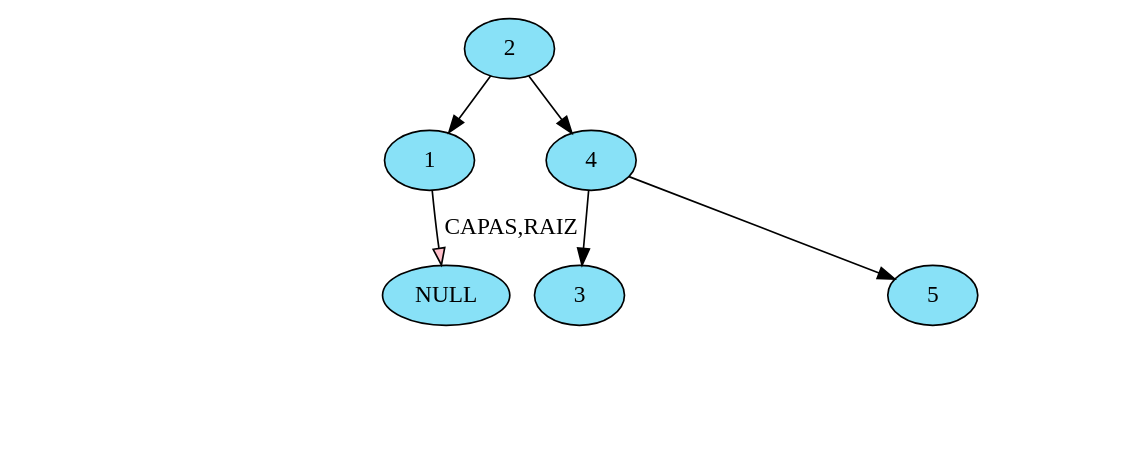
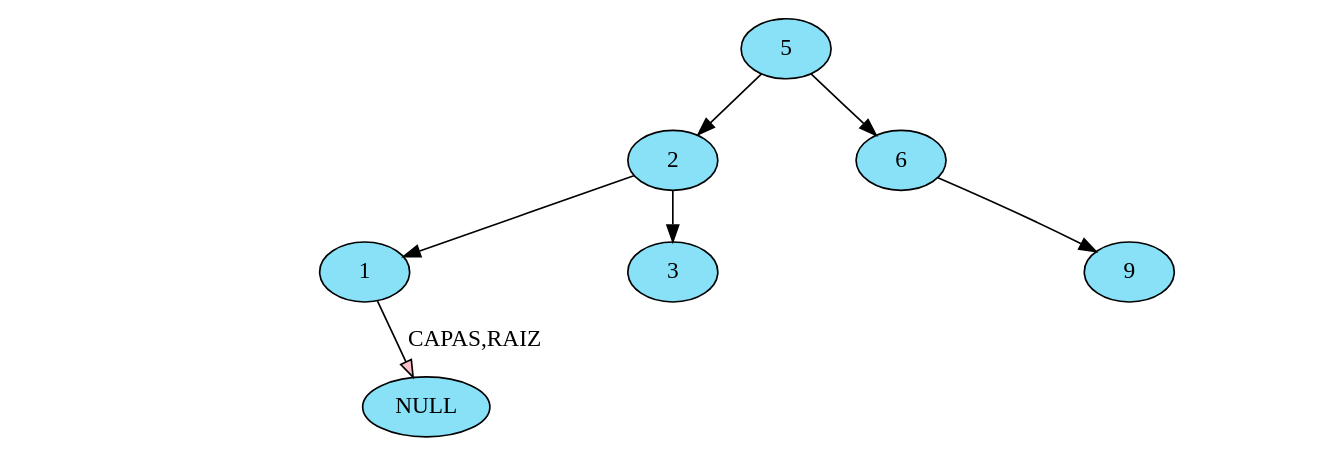
One commit to Serch-ING/EDD_UDRAWING_202000119 changed the diagram in FASE 2/Grafico/3_ArbolImagenesYCapa_1.dot. Above: the diagram before and after it, drawn with Graphviz. The commit also changed 45 other files, not shown here.

```diff
--- a/FASE 2/Grafico/3_ArbolImagenesYCapa_1.dot
+++ b/FASE 2/Grafico/3_ArbolImagenesYCapa_1.dot
@@ -1,31 +1,36 @@
 digraph G {
 nodesep=0; 
 ranksep=0.4;
 node[style = filled fillcolor="#88E1F7"];
+	NodoAVL5[ label="5"  ];
+	NodoAVL2[ label="2"];
+NodoAVL5->NodoAVL2
 	NodoAVL2[ label="2"  ];
 	NodoAVL1[ label="1"];
 NodoAVL2->NodoAVL1
 	NodoAVL1[ label="1"  ];
-Invisible1543294217[style=invis];
-NodoAVL1-> Invisible1543294217[arrowsize=0 style= invisible] 
-Invisible1543294217[style=invis];
-NodoAVL1-> Invisible1543294217[arrowsize=0 style= invisible] 
-	NodoAVL4[ label="4" ];
-NodoAVL2->NodoAVL4
-	NodoAVL4[ label="4"  ];
-	NodoAVL3[ label="3"];
-NodoAVL4->NodoAVL3
+Invisible305844976[style=invis];
+NodoAVL1-> Invisible305844976[arrowsize=0 style= invisible] 
+Invisible305844976[style=invis];
+NodoAVL1-> Invisible305844976[arrowsize=0 style= invisible] 
+	NodoAVL3[ label="3" ];
+NodoAVL2->NodoAVL3
 	NodoAVL3[ label="3"  ];
-Invisible856606045[style=invis];
-NodoAVL3-> Invisible856606045[arrowsize=0 style= invisible] 
-Invisible856606045[style=invis];
-NodoAVL3-> Invisible856606045[arrowsize=0 style= invisible] 
-	NodoAVL5[ label="5" ];
-NodoAVL4->NodoAVL5
-	NodoAVL5[ label="5"  ];
-Invisible2124750201[style=invis];
-NodoAVL5-> Invisible2124750201[arrowsize=0 style= invisible] 
-Invisible2124750201[style=invis];
-NodoAVL5-> Invisible2124750201[arrowsize=0 style= invisible] 
+Invisible1836963488[style=invis];
+NodoAVL3-> Invisible1836963488[arrowsize=0 style= invisible] 
+Invisible1836963488[style=invis];
+NodoAVL3-> Invisible1836963488[arrowsize=0 style= invisible] 
+	NodoAVL6[ label="6" ];
+NodoAVL5->NodoAVL6
+	NodoAVL6[ label="6"  ];
+Invisible2061789502[style=invis];
+NodoAVL6-> Invisible2061789502[arrowsize=0 style= invisible] 
+	NodoAVL9[ label="9" ];
+NodoAVL6->NodoAVL9
+	NodoAVL9[ label="9"  ];
+Invisible695815193[style=invis];
+NodoAVL9-> Invisible695815193[arrowsize=0 style= invisible] 
+Invisible695815193[style=invis];
+NodoAVL9-> Invisible695815193[arrowsize=0 style= invisible] 
 NodoAVL1->NULL[label="CAPAS,RAIZ" fillcolor="pink"]
 }
```
